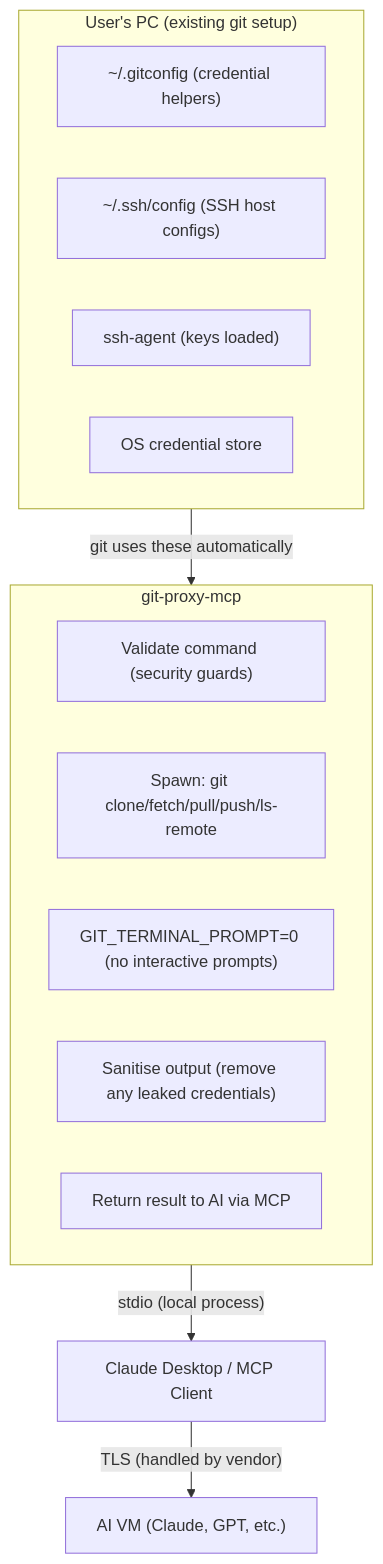
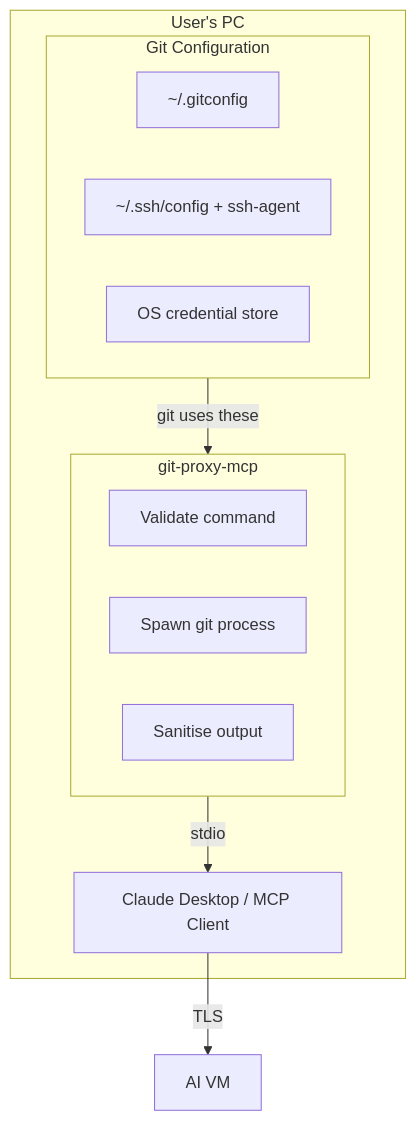
The diagram in TODO.md (MatejGomboc/git-proxy-mcp), drawn with Mermaid before and after one commit. The commit also changed 2 other files, not shown here.

Commit message:
fix(docs): simplify Mermaid diagrams for GitHub compatibility
Remove style directives and simplify node labels to fix rendering
issues on GitHub. The previous diagrams showed as blank due to
unsupported style properties.

🤖 Generated with [Claude Code](https://claude.com/claude-code)

````diff
--- a/TODO.md
+++ b/TODO.md
@@ -21,24 +21,24 @@
 ```mermaid
 flowchart TB
-    subgraph PC["User's PC (existing git setup)"]
-        gitconfig["~/.gitconfig (credential helpers)"]
-        sshconfig["~/.ssh/config (SSH host configs)"]
-        sshagent["ssh-agent (keys loaded)"]
-        oscreds["OS credential store"]
+    subgraph PC[User's PC]
+        subgraph GitConfig[Git Configuration]
+            gitconfig[~/.gitconfig]
+            sshconfig[~/.ssh/config + ssh-agent]
+            oscreds[OS credential store]
+        end
+
+        subgraph Proxy[git-proxy-mcp]
+            validate[Validate command]
+            spawn[Spawn git process]
+            sanitise[Sanitise output]
+        end
+
+        client[Claude Desktop / MCP Client]
     end
 
-    subgraph Proxy["git-proxy-mcp"]
-        validate["Validate command (security guards)"]
-        spawn["Spawn: git clone/fetch/pull/push/ls-remote"]
-        prompt["GIT_TERMINAL_PROMPT=0 (no interactive prompts)"]
-        sanitise["Sanitise output (remove any leaked credentials)"]
-        result["Return result to AI via MCP"]
-    end
+    ai[AI VM]
 
-    client["Claude Desktop / MCP Client"]
-    ai["AI VM (Claude, GPT, etc.)"]
-
-    PC -->|"git uses these automatically"| Proxy
-    Proxy -->|"stdio (local process)"| client
-    client -->|"TLS (handled by vendor)"| ai
+    GitConfig -->|git uses these| Proxy
+    Proxy -->|stdio| client
+    client -->|TLS| ai
 ```
````
